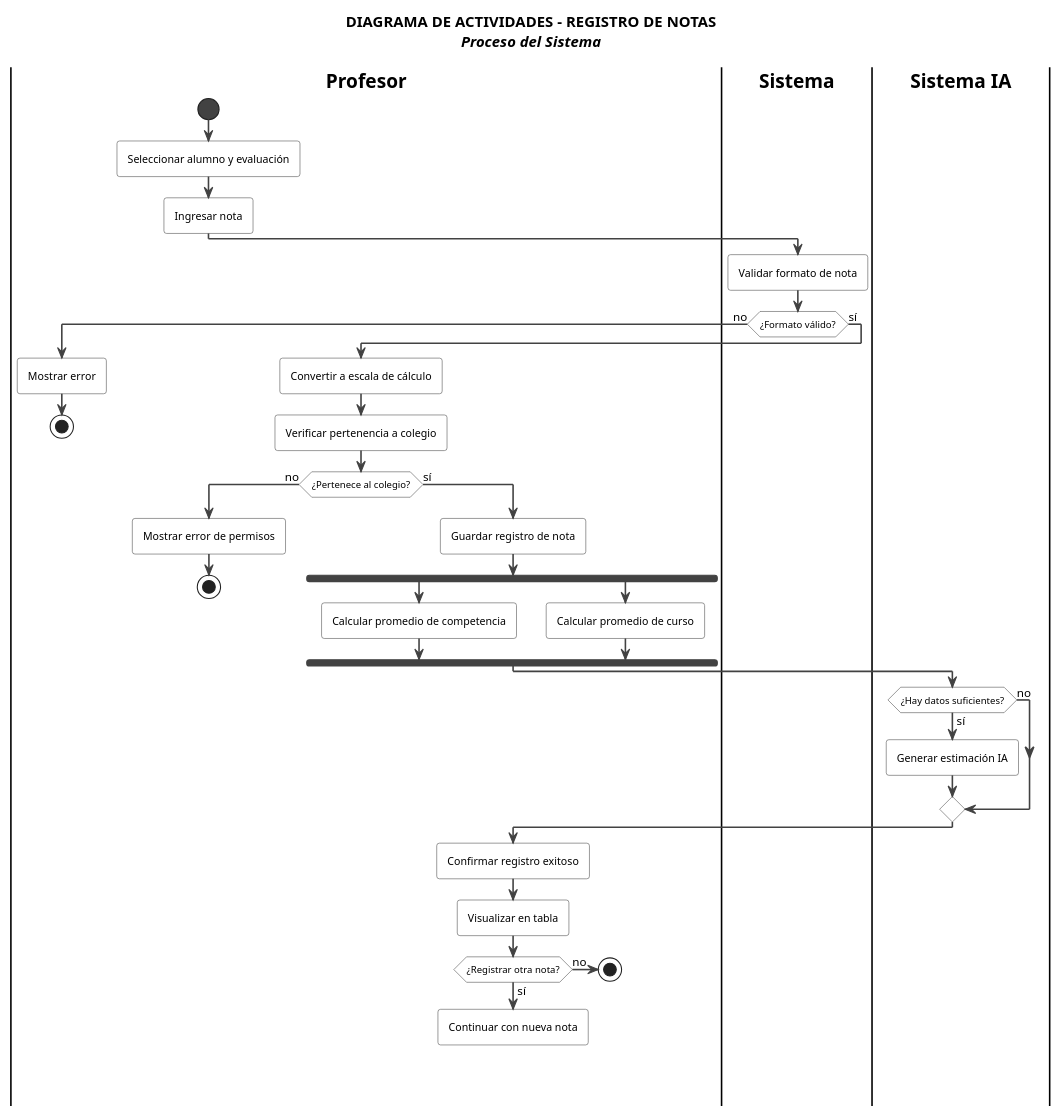
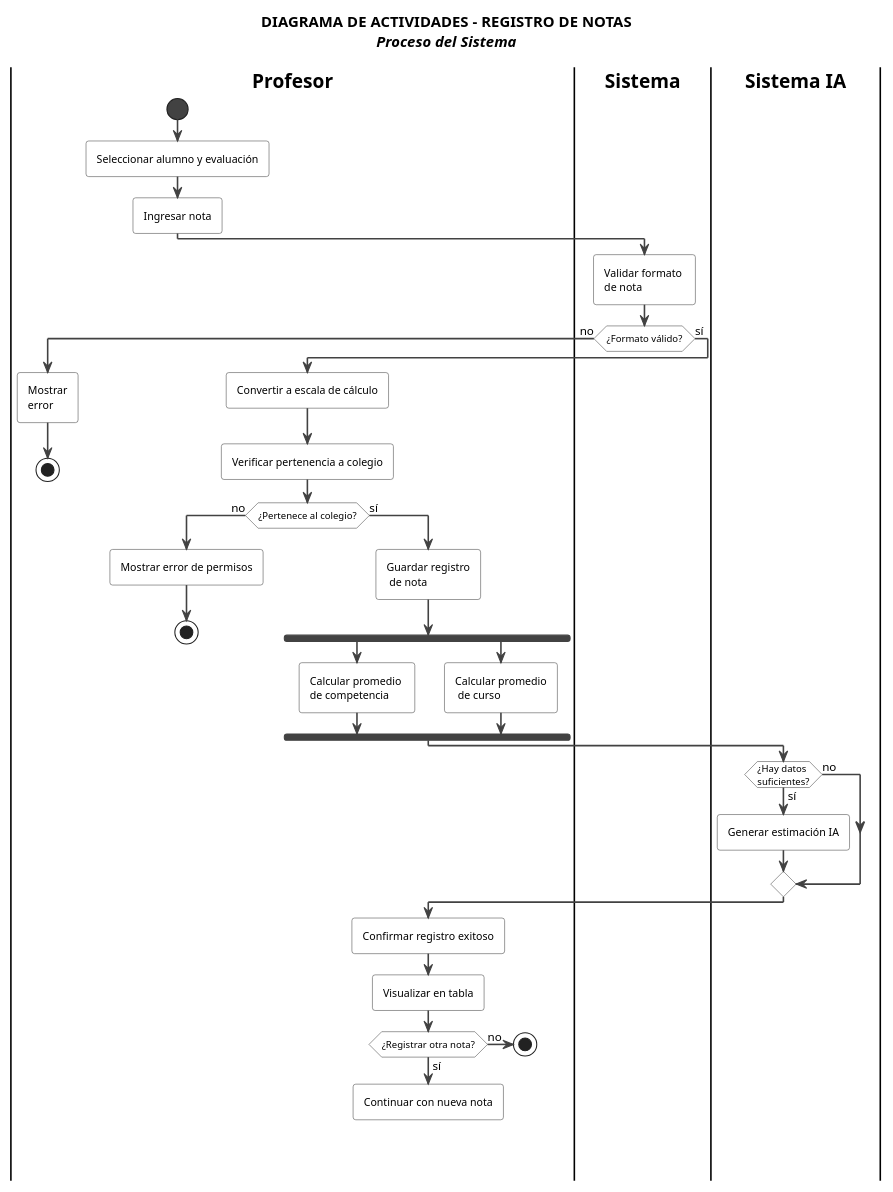
One commit to CondePlocs/sistemnotas changed the diagram in diagramas/registro-notas/actividades-registro-notas.puml. Above: the diagram before and after it, drawn with PlantUML.

```diff
--- a/diagramas/registro-notas/actividades-registro-notas.puml
+++ b/diagramas/registro-notas/actividades-registro-notas.puml
@@ -1,77 +1,77 @@
 @startuml Diagrama de Actividades - Registro de Notas
 
 skinparam {
     ActivityBackgroundColor #FFFFFF
     ActivityBorderColor #424242
     ActivityFontSize 10
     
     ActivityDiamondBackgroundColor #FFFFFF
     ActivityDiamondBorderColor #424242
     ActivityDiamondFontSize 9
     
     ActivityStartColor #424242
     ActivityEndColor #424242
     ActivityBarColor #424242
     
     PartitionBackgroundColor #F8F9FA
     PartitionBorderColor #424242
     PartitionFontSize 11
     
     ArrowColor #424242
     ArrowThickness 1.5
     
     Shadowing false
     RoundCorner 5
 }
 
 title **DIAGRAMA DE ACTIVIDADES - REGISTRO DE NOTAS**\n//Proceso del Sistema//
 
 |**Profesor**|
 start
 :Seleccionar alumno y evaluación;
 :Ingresar nota;
 
 |**Sistema**|
-:Validar formato de nota;
+:Validar formato \nde nota;
 
 if (¿Formato válido?) then (no)
     |**Profesor**|
-    :Mostrar error;
+    :Mostrar\nerror;
     stop
 else (sí)
     :Convertir a escala de cálculo;
     :Verificar pertenencia a colegio;
     
     if (¿Pertenece al colegio?) then (no)
         |**Profesor**|
         :Mostrar error de permisos;
         stop
     else (sí)
-        :Guardar registro de nota;
+        :Guardar registro\n de nota;
         
         fork
-            :Calcular promedio de competencia;
+            :Calcular promedio \nde competencia;
         fork again
-            :Calcular promedio de curso;
+            :Calcular promedio\n de curso;
         end fork
         
         |**Sistema IA**|
-        if (¿Hay datos suficientes?) then (sí)
+        if (¿Hay datos \nsuficientes?) then (sí)
             :Generar estimación IA;
         else (no)
         endif
         
         |**Profesor**|
         :Confirmar registro exitoso;
         :Visualizar en tabla;
         
         if (¿Registrar otra nota?) then (sí)
             :Continuar con nueva nota;
             detach
         else (no)
             stop
         endif
     endif
 endif
 
 @enduml
```
